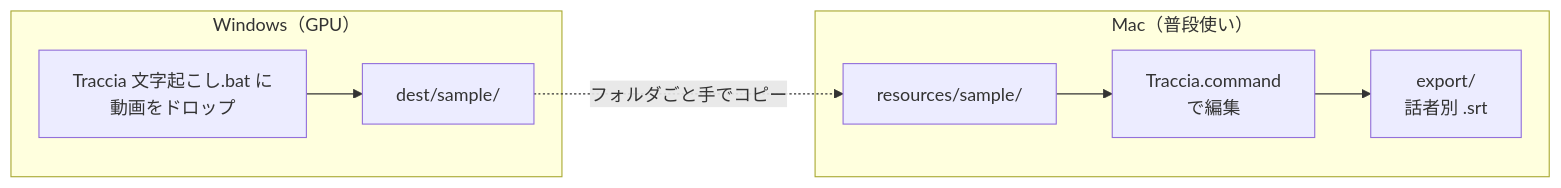
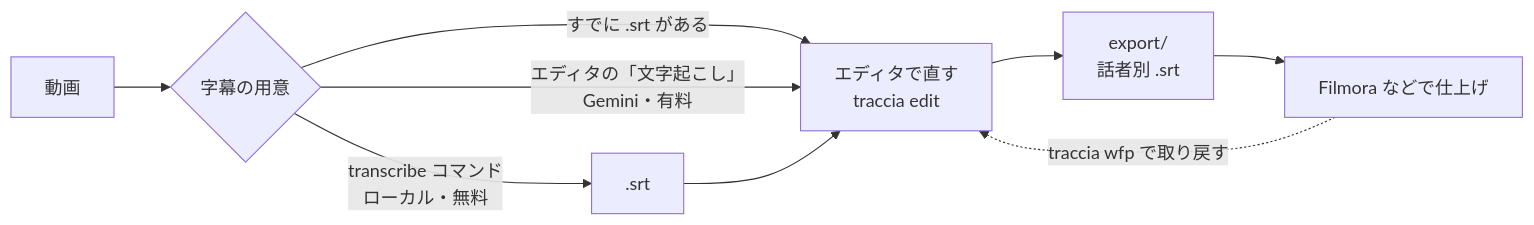
The diagram in README.md (uribow-lab/traccia), drawn with Mermaid before and after one commit. The commit also changed other lines of this file and 1 other file, not shown here.

````diff
--- a/README.md
+++ b/README.md
@@ -38,10 +47,11 @@
 ```mermaid
 flowchart LR
-    subgraph WIN["Windows（GPU）"]
-        A["Traccia 文字起こし.bat に<br>動画をドロップ"] --> B["dest/sample/"]
-    end
-    subgraph MAC["Mac（普段使い）"]
-        C["resources/sample/"] --> D["Traccia.command<br>で編集"] --> E["export/<br>話者別 .srt"]
-    end
-    B -.->|"フォルダごと手でコピー"| C
+    V["動画"] --> Q{"字幕の用意"}
+    Q -->|"すでに .srt がある"| ED["エディタで直す<br>traccia edit"]
+    Q -->|"エディタの「文字起こし」<br>Gemini・有料"| ED
+    Q -->|"transcribe コマンド<br>ローカル・無料"| SRT[".srt"]
+    SRT --> ED
+    ED --> EX["export/<br>話者別 .srt"]
+    EX --> FIL["Filmora などで仕上げ"]
+    FIL -.->|"traccia wfp で取り戻す"| ED
 ```
````
